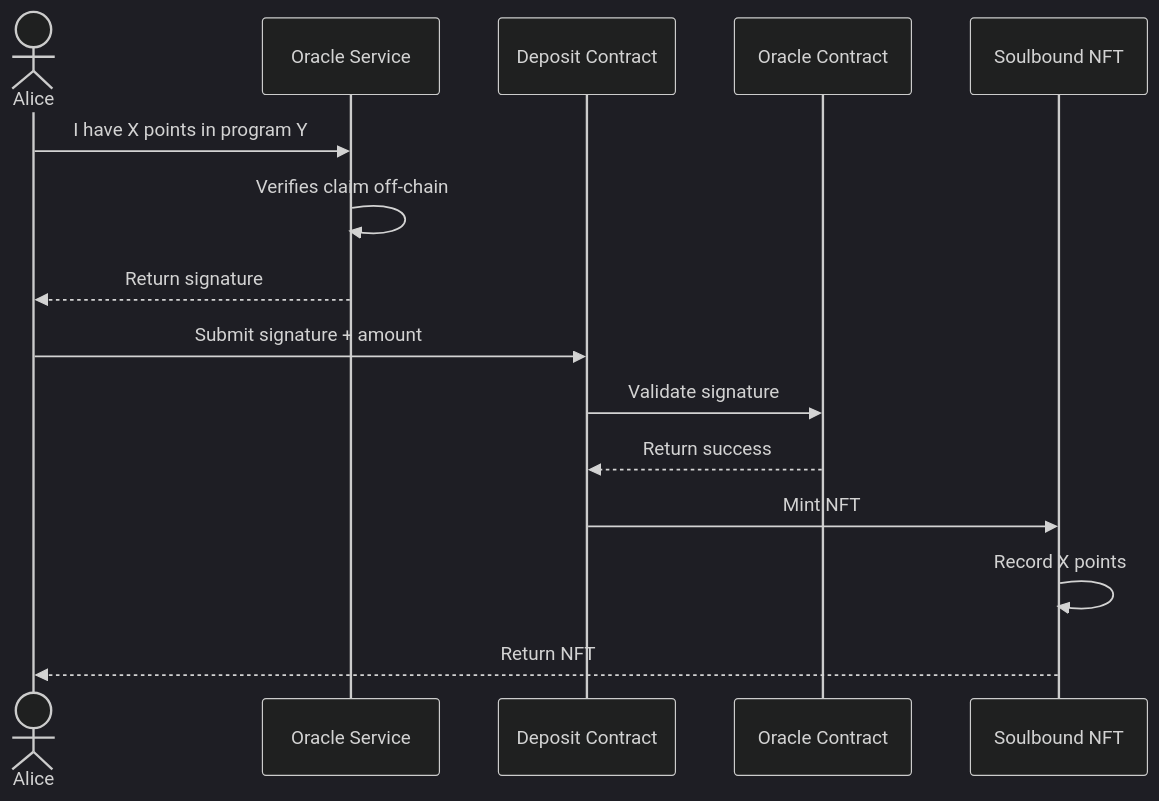
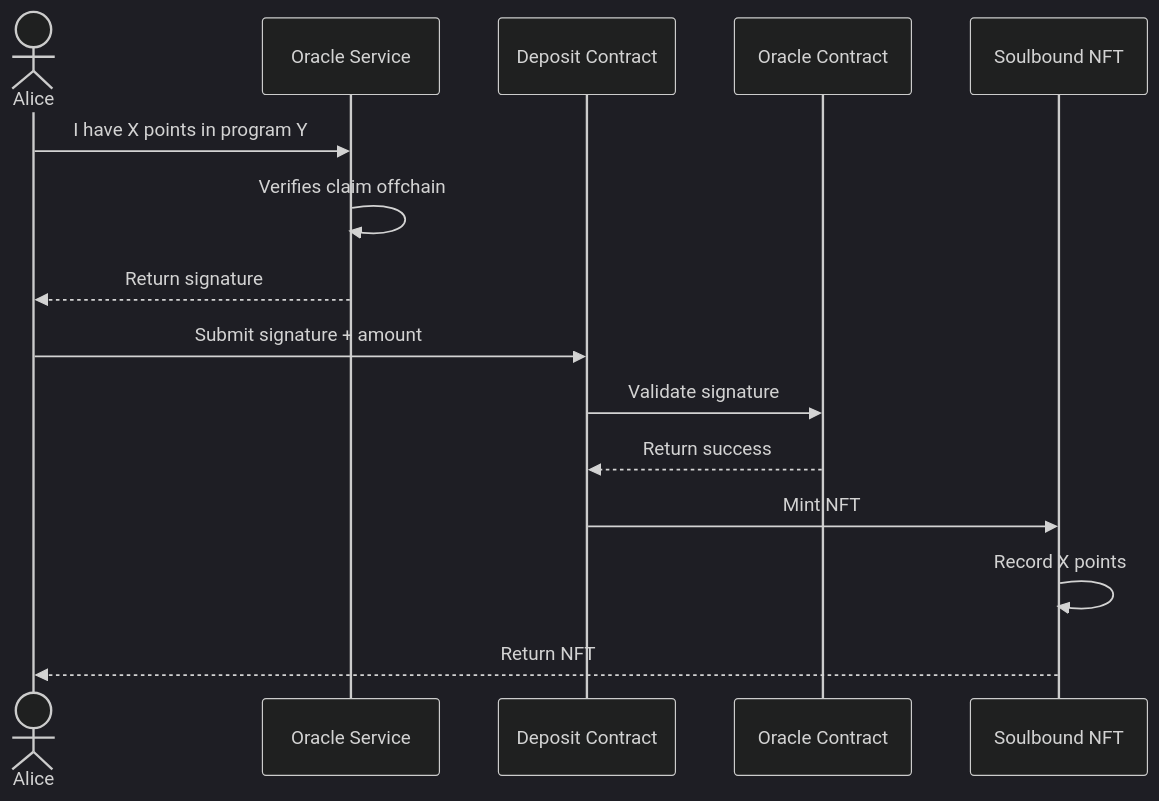
Before and after one commit to 0xPortalLabs/docs: the diagram in architecture/points-tokenization.mdx, drawn with Mermaid (dark theme). The commit also changed other lines of this file and 14 other files, not shown here.

Commit message:
on-chain -> onchain, cross-chain -> crosschain, off-chain -> offchain

````diff
--- a/architecture/points-tokenization.mdx
+++ b/architecture/points-tokenization.mdx
@@ -13,18 +13,18 @@
 ```mermaid
   sequenceDiagram
     actor User as Alice
     participant Oracle as Oracle Service
     participant Deposit as Deposit Contract
     participant Oracle Contract
     participant NFT as Soulbound NFT
 
     User->>Oracle: I have X points in program Y
-    Oracle->>Oracle: Verifies claim off-chain
+    Oracle->>Oracle: Verifies claim offchain
     Oracle-->>User: Return signature
     User->>Deposit: Submit signature + amount
     Deposit->>Oracle Contract: Validate signature
     Oracle Contract-->>Deposit: Return success
     Deposit->>NFT: Mint NFT
     NFT->>NFT: Record X points
     NFT-->>User: Return NFT
 ```
````
